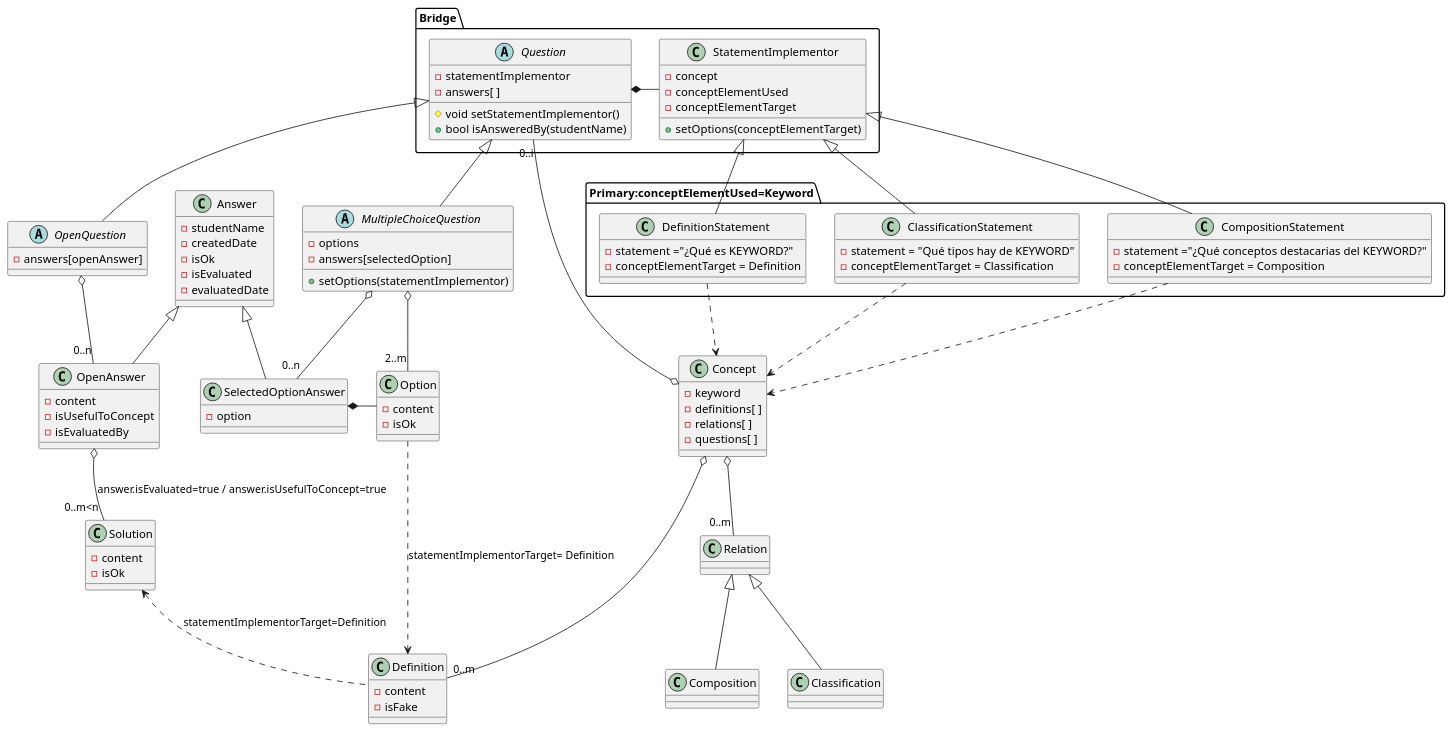
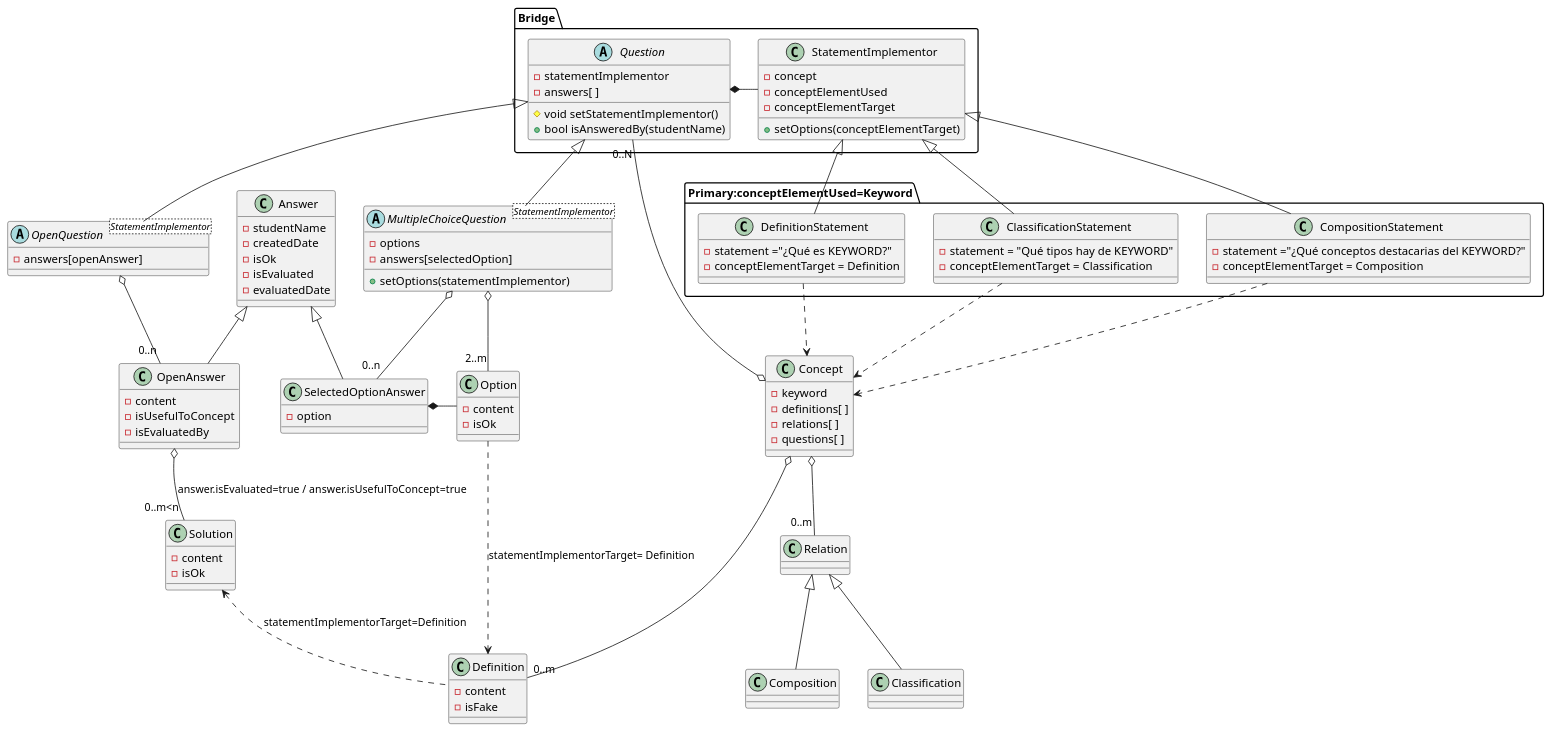
The diagram in doc/dominio_detail_bridgeStatement.puml (Joselon/ProyectoOpoTest), drawn with PlantUML before and after one commit. The commit also changed 2 other files, not shown here.

Commit message:
Planteando Bridge Question-Statement

```diff
--- a/doc/dominio_detail_bridgeStatement.puml
+++ b/doc/dominio_detail_bridgeStatement.puml
@@ -1,126 +1,126 @@
 @startuml ConceptDomainDetailBridge
 
 class Concept {
     - keyword
     - definitions[ ]
     - relations[ ]
     - questions[ ]
 }
 
 class Definition {
     - content
     - isFake
 }
 
 class Relation
 
 class Classification
 
 class Composition
 
 package Primary:conceptElementUsed=Keyword {
     class DefinitionStatement {
         - statement ="¿Qué es KEYWORD?"
         - conceptElementTarget = Definition
     }
 
     class ClassificationStatement {
         - statement = "Qué tipos hay de KEYWORD"
         - conceptElementTarget = Classification
     }
 
     class CompositionStatement {
         - statement ="¿Qué conceptos destacarias del KEYWORD?"
         - conceptElementTarget = Composition
     }
 }
 
-abstract class OpenQuestion {
+abstract class OpenQuestion<StatementImplementor>{
     -answers[openAnswer]
 }
 
 class OpenAnswer {
     - content
     - isUsefulToConcept
     - isEvaluatedBy
 }
 
 class Solution {
     - content
     - isOk
 }
-abstract class MultipleChoiceQuestion {
+abstract class MultipleChoiceQuestion<StatementImplementor>{
     - options
     - answers[selectedOption]
     + setOptions(statementImplementor)
 }
 
 class Option {
     - content
     - isOk
 }
 
 class SelectedOptionAnswer {
     - option
 }
 
 class Answer {
     - studentName
     - createdDate
     - isOk
     - isEvaluated
     - evaluatedDate
 }
 
 package Bridge {
     abstract class Question {
         - statementImplementor
         - answers[ ]
         # void setStatementImplementor()
         + bool isAnsweredBy(studentName)
     }
 
     class StatementImplementor {
         - concept
         - conceptElementUsed
         - conceptElementTarget
         + setOptions(conceptElementTarget)
     }
 
 }
 
 Question *- StatementImplementor
 Question <|-- OpenQuestion
 Question <|-- MultipleChoiceQuestion
 
 OpenQuestion o--"0..n" OpenAnswer
 MultipleChoiceQuestion o--"2..m" Option
 MultipleChoiceQuestion o--"0..n" SelectedOptionAnswer
 SelectedOptionAnswer *- Option
 Answer <|-- OpenAnswer
 Answer <|-- SelectedOptionAnswer
 
 DefinitionStatement ..> Concept
 ClassificationStatement ..> Concept
 CompositionStatement ..> Concept
 
-Concept o-- "0..i" Question
+Concept o-- "0..N" Question
 Concept o--"0..m" Definition
 
 Concept o-- "0..m" Relation
 Relation <|-- Classification
 Relation <|-- Composition
 
 
 StatementImplementor <|-- DefinitionStatement
 OpenAnswer o--"0..m<n" Solution :answer.isEvaluated=true / answer.isUsefulToConcept=true
 Solution <.. Definition:statementImplementorTarget=Definition 
 Option ..> Definition :statementImplementorTarget= Definition
 StatementImplementor <|-- ClassificationStatement
 'OpenClassificationQuestion <.. Classification :answers
 
 StatementImplementor <|-- CompositionStatement
 'OpenCompositionQuestion <.. Composition :answers
 
 
 @enduml
```
